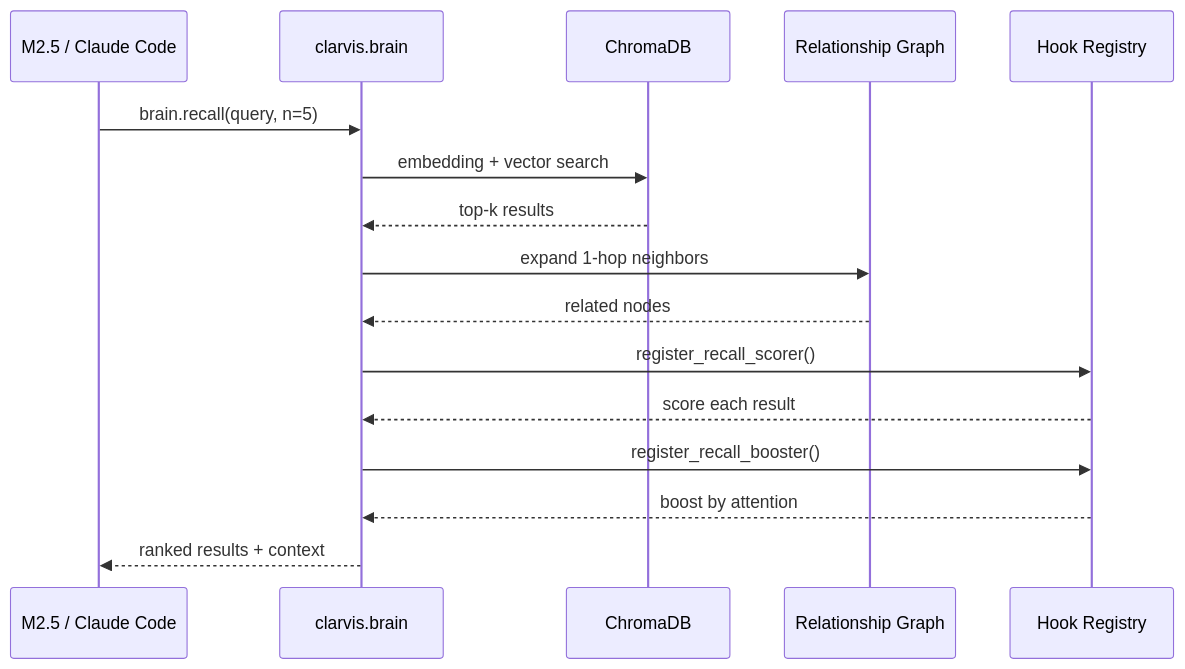
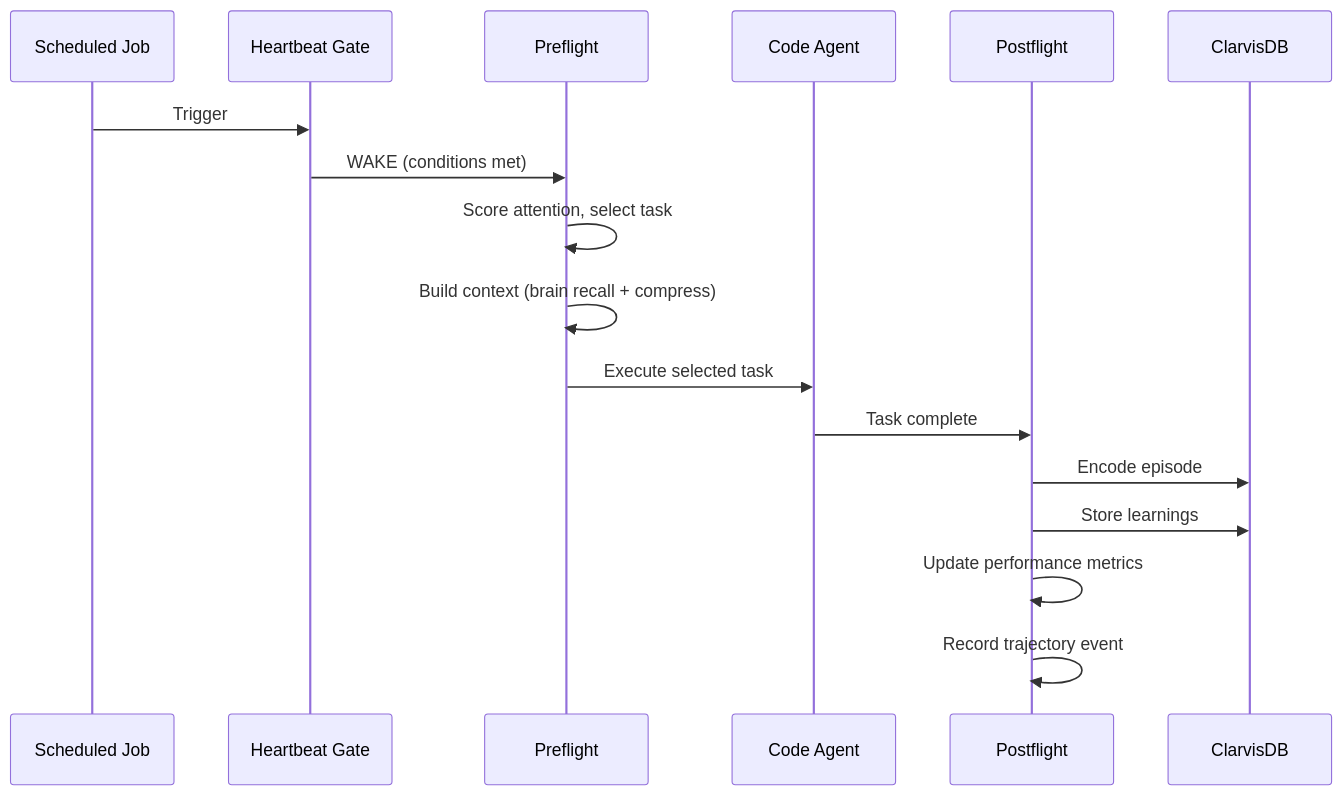
The second of 2 diagrams in README.md (GranusClarvis/clarvis), drawn with Mermaid before and after one commit. The commit also changed other lines of this file and 127 other files, not shown here.

````diff
--- a/README.md
+++ b/README.md
@@ -132,19 +163,20 @@
 ```mermaid
 sequenceDiagram
-    participant Agent as M2.5 / Claude Code
-    participant Brain as clarvis.brain
-    participant Chroma as ChromaDB
-    participant Graph as Relationship Graph
-    participant Hooks as Hook Registry
-    
-    Agent->>Brain: brain.recall(query, n=5)
-    Brain->>Chroma: embedding + vector search
-    Chroma-->>Brain: top-k results
-    Brain->>Graph: expand 1-hop neighbors
-    Graph-->>Brain: related nodes
-    Brain->>Hooks: register_recall_scorer()
-    Hooks-->>Brain: score each result
-    Brain->>Hooks: register_recall_booster()
-    Hooks-->>Brain: boost by attention
-    Brain-->>Agent: ranked results + context
+    participant Cron as Scheduled Job
+    participant Gate as Heartbeat Gate
+    participant Pre as Preflight
+    participant Agent as Code Agent
+    participant Post as Postflight
+    participant Brain as ClarvisDB
+
+    Cron->>Gate: Trigger
+    Gate->>Pre: WAKE (conditions met)
+    Pre->>Pre: Score attention, select task
+    Pre->>Pre: Build context (brain recall + compress)
+    Pre->>Agent: Execute selected task
+    Agent->>Post: Task complete
+    Post->>Brain: Encode episode
+    Post->>Brain: Store learnings
+    Post->>Post: Update performance metrics
+    Post->>Post: Record trajectory event
 ```
````
